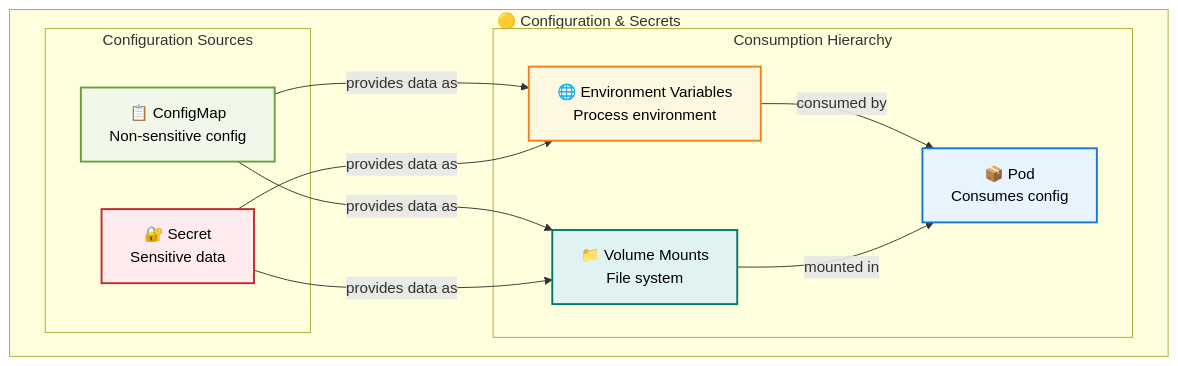
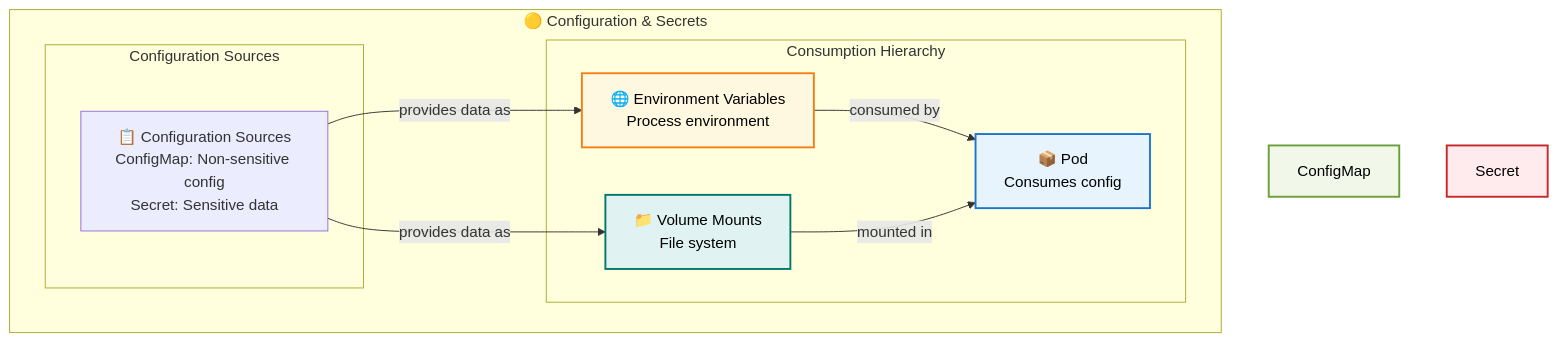
One commit to razkevich/system_design_course changed the fifth of 8 diagrams in 1.4_distributed_systems/kubernetes_developer_guide.md. Above: the diagram before and after it, drawn with Mermaid.

Commit message:
exactly once

````diff
--- a/1.4_distributed_systems/kubernetes_developer_guide.md
+++ b/1.4_distributed_systems/kubernetes_developer_guide.md
@@ -169,29 +169,26 @@
 ```mermaid
 flowchart TD
     subgraph "🟡 Configuration & Secrets"
         
         subgraph "Configuration Sources"
-            ConfigMap["📋 ConfigMap<br/>Non-sensitive config"]
-            Secret["🔐 Secret<br/>Sensitive data"]
+            ConfigSources["📋 Configuration Sources<br/>ConfigMap: Non-sensitive config<br/>Secret: Sensitive data"]
         end
         
         subgraph "Consumption Hierarchy"
             EnvVar["🌐 Environment Variables<br/>Process environment"]
             VolumeMount["📁 Volume Mounts<br/>File system"]
             ConfigPod["📦 Pod<br/>Consumes config"]
             
-            ConfigMap -->|"provides data as"| EnvVar
-            ConfigMap -->|"provides data as"| VolumeMount
-            Secret -->|"provides data as"| EnvVar
-            Secret -->|"provides data as"| VolumeMount
+            ConfigSources -->|"provides data as"| EnvVar
+            ConfigSources -->|"provides data as"| VolumeMount
             EnvVar -->|"consumed by"| ConfigPod
             VolumeMount -->|"mounted in"| ConfigPod
         end
     end
     
     style ConfigPod fill:#e8f4fd,stroke:#1976d2,stroke-width:2px,color:#000
     style ConfigMap fill:#f1f8e9,stroke:#689f38,stroke-width:2px,color:#000
     style Secret fill:#ffebee,stroke:#c62828,stroke-width:2px,color:#000
     style EnvVar fill:#fff8e1,stroke:#f57f17,stroke-width:2px,color:#000
     style VolumeMount fill:#e0f2f1,stroke:#00796b,stroke-width:2px,color:#000
 ```
````
